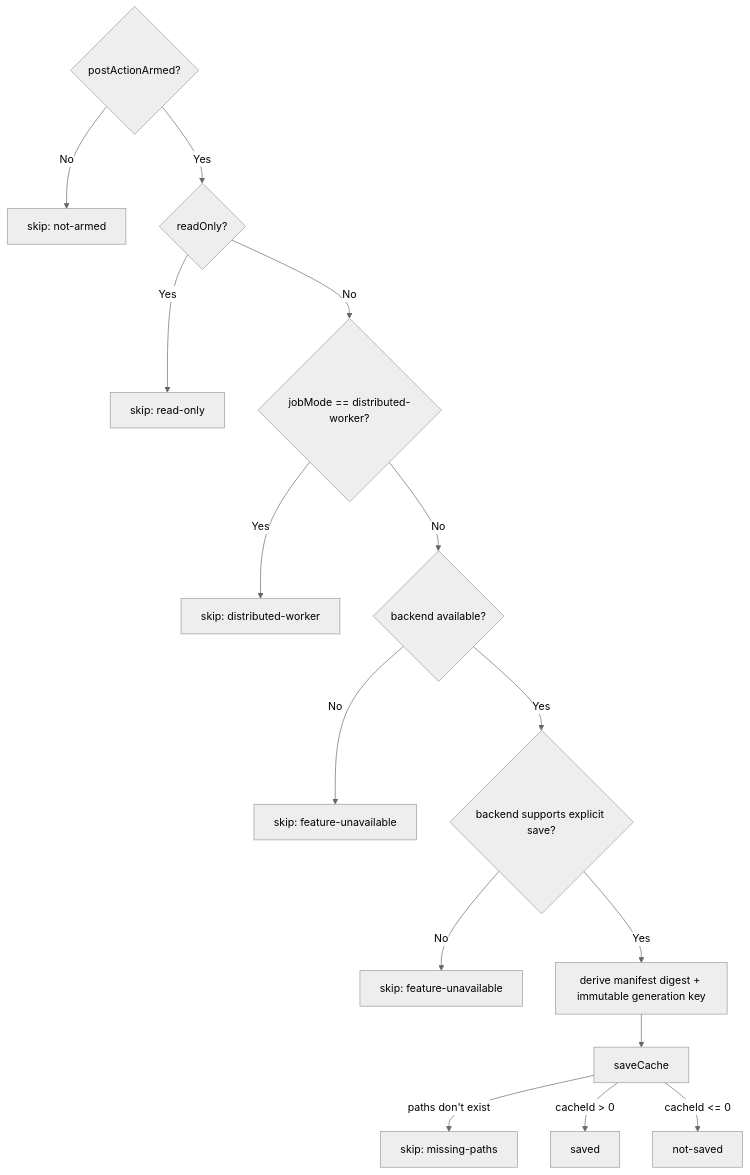
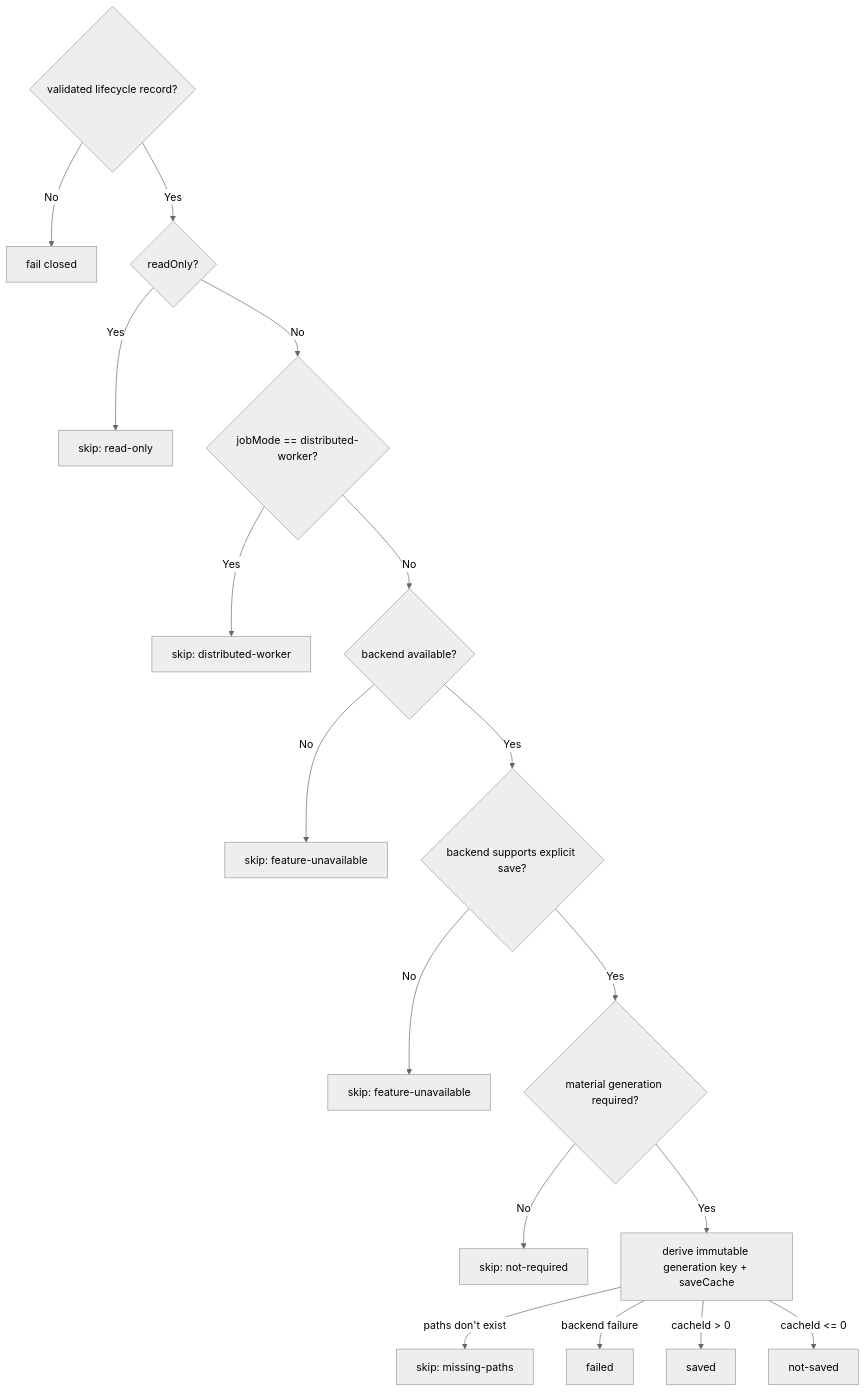
One commit to buildish-tooling/buildish-mammoth-cache changed the second of 3 diagrams in docs/architecture/base-cache.md. Above: the diagram before and after it, drawn with Mermaid (neutral theme). The commit also changed other lines of this file and 24 other files, not shown here.

Commit message:
Implement generation-aware cache lifecycle

````diff
--- a/docs/architecture/base-cache.md
+++ b/docs/architecture/base-cache.md
@@ -81,17 +84,19 @@
 ```mermaid
 flowchart TD
-    A{postActionArmed?} -- No --> Z1[skip: not-armed]
+    A{validated lifecycle record?} -- No --> Z1[fail closed]
     A -- Yes --> B{readOnly?}
     B -- Yes --> Z2[skip: read-only]
     B -- No --> C{jobMode == distributed-worker?}
     C -- Yes --> Z3[skip: distributed-worker]
     C -- No --> D{backend available?}
     D -- No --> Z4[skip: feature-unavailable]
     D -- Yes --> E{backend supports explicit save?}
     E -- No --> Z5[skip: feature-unavailable]
-    E -- Yes --> F[derive manifest digest + immutable generation key]
-    F --> G[saveCache]
-    G -- paths don't exist --> Z6[skip: missing-paths]
-    G -- cacheId > 0 --> Z7[saved]
-    G -- cacheId <= 0 --> Z8[not-saved]
+    E -- Yes --> F{material generation required?}
+    F -- No --> Z6[skip: not-required]
+    F -- Yes --> G[derive immutable generation key + saveCache]
+    G -- paths don't exist --> Z7[skip: missing-paths]
+    G -- backend failure --> Z8[failed]
+    G -- cacheId > 0 --> Z9[saved]
+    G -- cacheId <= 0 --> Z10[not-saved]
 ```
````
